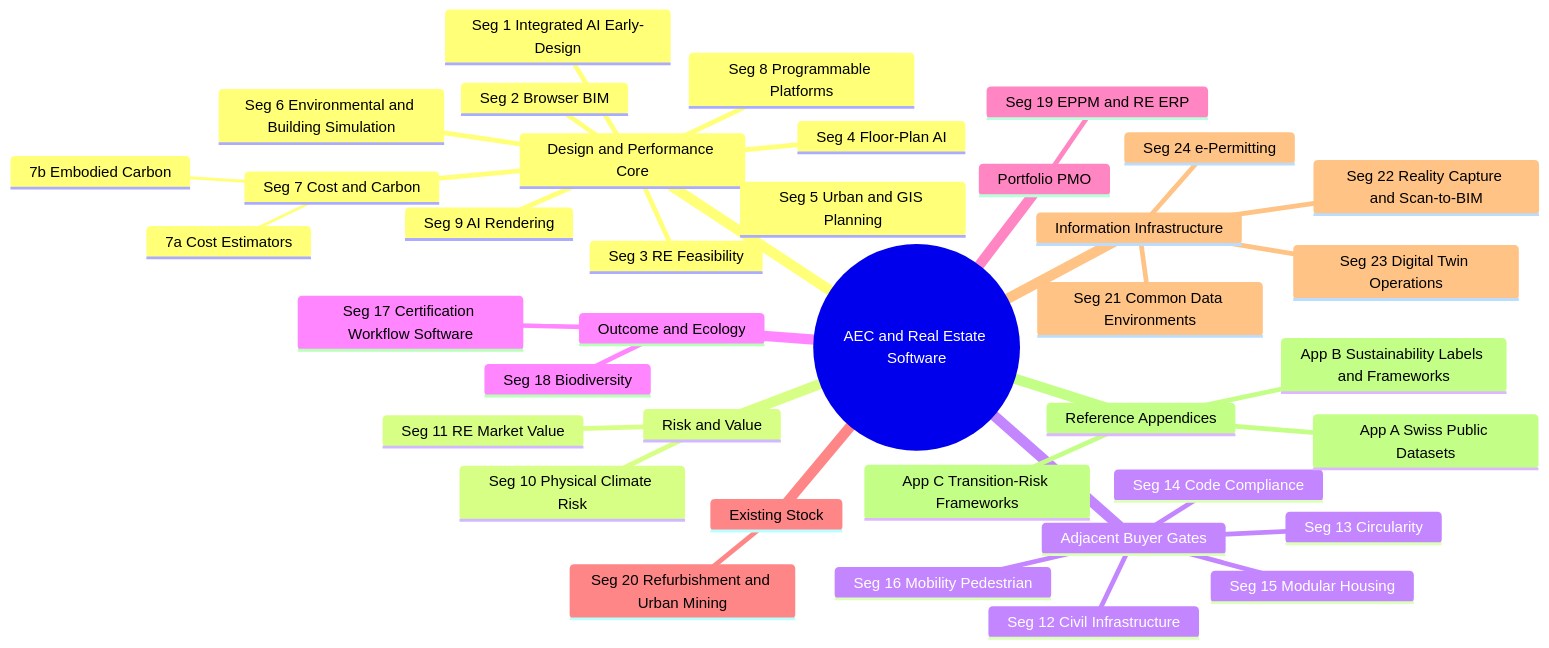
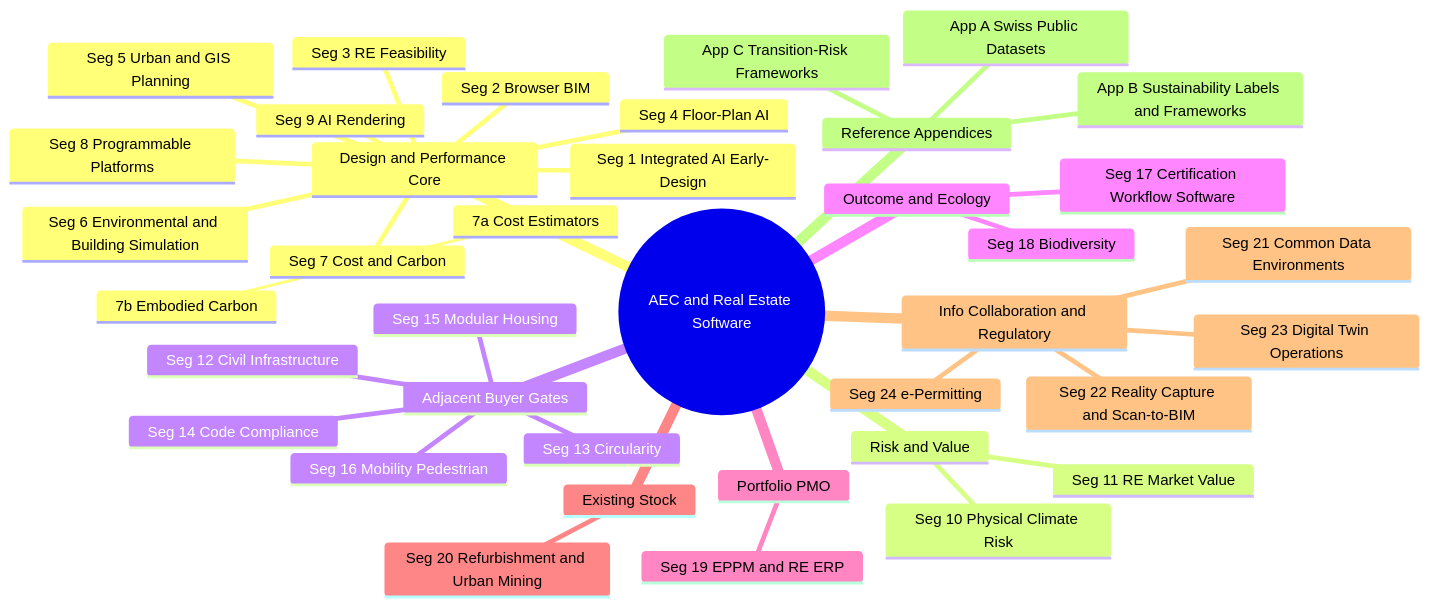
Before and after one commit to bbl-dres/ppm-cockpit: the diagram in docs/MARKETSCREEN.md, drawn with Mermaid. The commit also changed other lines of this file and 4 other files, not shown here.

````diff
--- a/docs/MARKETSCREEN.md
+++ b/docs/MARKETSCREEN.md
@@ -9,41 +9,41 @@
 ```mermaid
 mindmap
   root((AEC and Real Estate Software))
     Design and Performance Core
       Seg 1 Integrated AI Early-Design
       Seg 2 Browser BIM
       Seg 3 RE Feasibility
       Seg 4 Floor-Plan AI
       Seg 5 Urban and GIS Planning
       Seg 6 Environmental and Building Simulation
       Seg 7 Cost and Carbon
         7a Cost Estimators
         7b Embodied Carbon
       Seg 8 Programmable Platforms
       Seg 9 AI Rendering
     Risk and Value
       Seg 10 Physical Climate Risk
       Seg 11 RE Market Value
     Adjacent Buyer Gates
       Seg 12 Civil Infrastructure
       Seg 13 Circularity
       Seg 14 Code Compliance
       Seg 15 Modular Housing
       Seg 16 Mobility Pedestrian
     Outcome and Ecology
       Seg 17 Certification Workflow Software
       Seg 18 Biodiversity
     Portfolio PMO
       Seg 19 EPPM and RE ERP
     Existing Stock
       Seg 20 Refurbishment and Urban Mining
-    Information Infrastructure
+    Info Collaboration and Regulatory
       Seg 21 Common Data Environments
       Seg 22 Reality Capture and Scan-to-BIM
       Seg 23 Digital Twin Operations
       Seg 24 e-Permitting
     Reference Appendices
       App A Swiss Public Datasets
       App B Sustainability Labels and Frameworks
       App C Transition-Risk Frameworks
 ```
````
